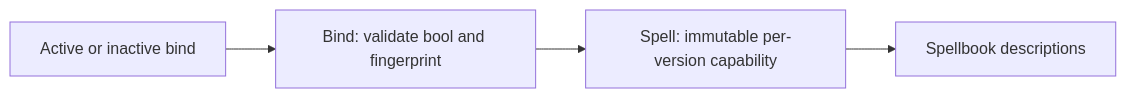
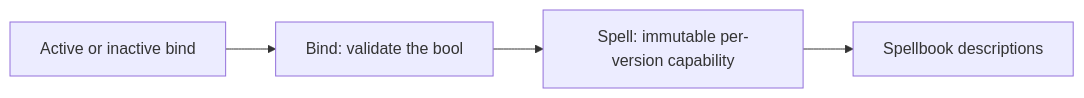
Before and after one commit to Synaptic724/melder: the sixth of 16 diagrams in context_compass/system_docs/src_architecture.md, drawn with Mermaid. The commit also changed other lines of this file and 130 other files, not shown here.

````diff
--- a/context_compass/system_docs/src_architecture.md
+++ b/context_compass/system_docs/src_architecture.md
@@ -4180,6 +4287,6 @@
 ```mermaid
 flowchart LR
-  B[Active or inactive bind] --> V[Bind: validate bool and fingerprint]
+  B[Active or inactive bind] --> V[Bind: validate the bool]
   V --> S[Spell: immutable per-version capability]
   S --> D[Spellbook descriptions]
 ```
````
